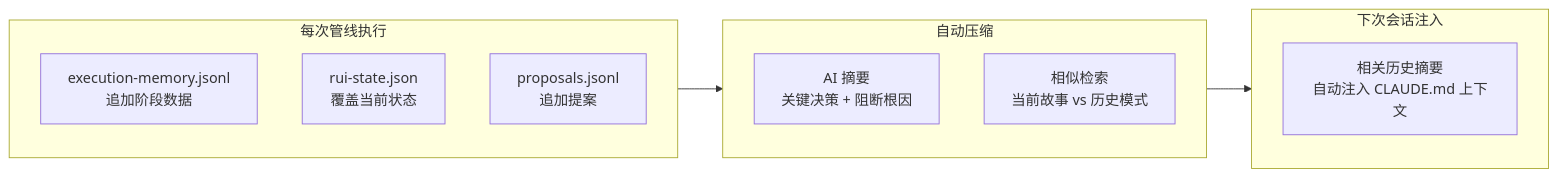
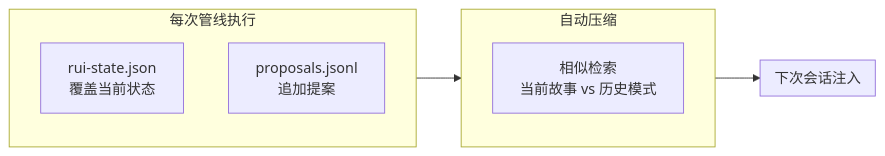
Before and after one commit to effiy/YrY: the fifth of 6 diagrams in agents/self-improve.md, drawn with Mermaid. The commit also changed other lines of this file and 42 other files, not shown here.

First line of the commit message:
feat: apply Mermaid authoring rules (M1-M12) across entire codebase

````diff
--- a/agents/self-improve.md
+++ b/agents/self-improve.md
@@ -149,17 +161,18 @@
 ```mermaid
 flowchart LR
     subgraph 写入["每次管线执行"]
-        W1["execution-memory.jsonl<br/>追加阶段数据"]:::data
+        direction TB
         W2["rui-state.json<br/>覆盖当前状态"]:::data
         W3["proposals.jsonl<br/>追加提案"]:::data
     end
     subgraph 压缩["自动压缩"]
-        C1["AI 摘要<br/>关键决策 + 阻断根因"]:::comp
+        direction TB
         C2["相似检索<br/>当前故事 vs 历史模式"]:::comp
     end
     subgraph 注入["下次会话注入"]
-        I1["相关历史摘要<br/>自动注入 CLAUDE.md 上下文"]:::inj
+        direction TB
     end
     写入 --> 压缩 --> 注入
 
+
 ```
````
